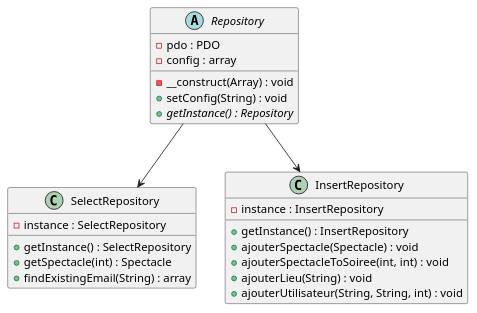
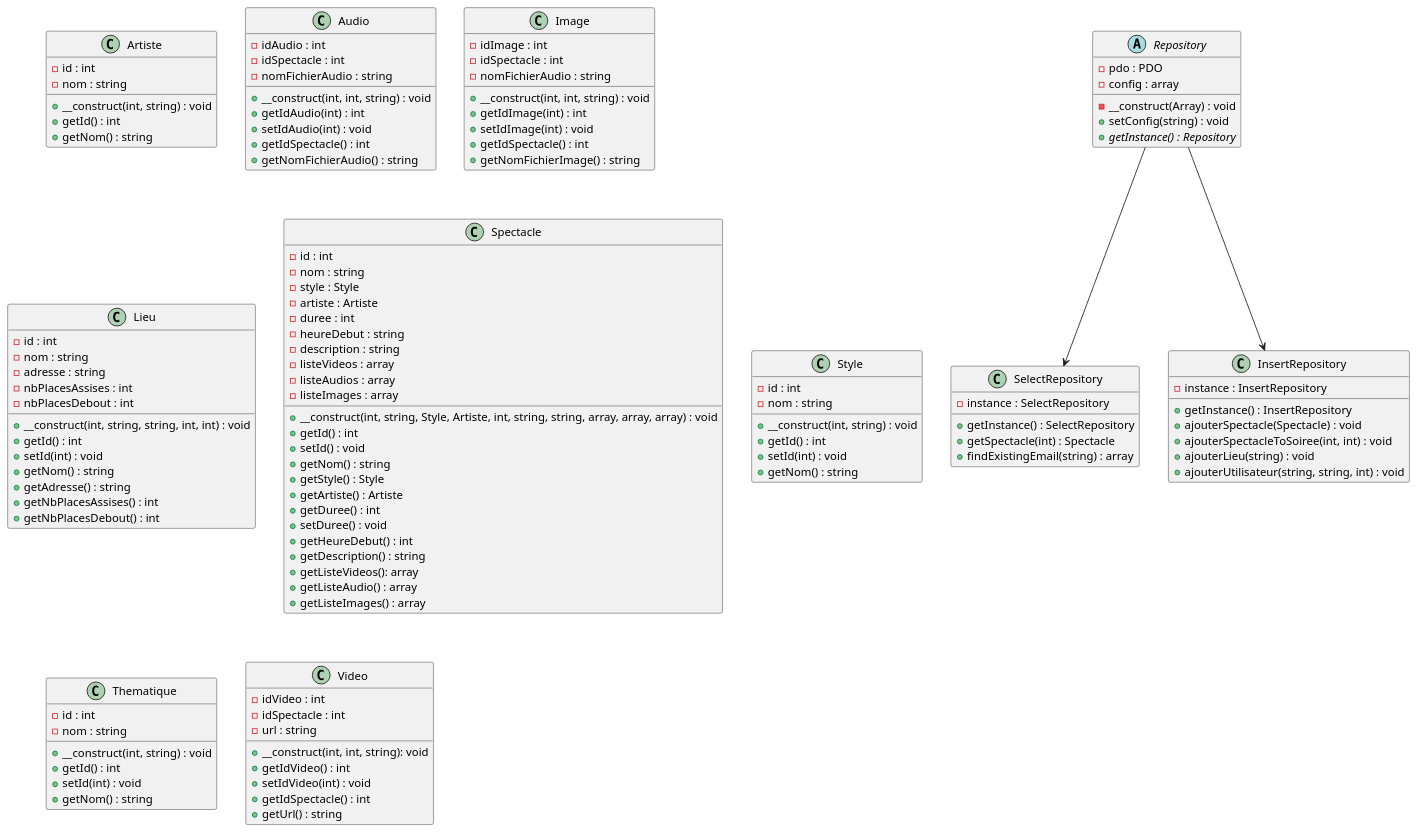
Before and after one commit to Kuuro57/SAE_Dev_Web: the diagram in documents/diagrammes/diagClasses.puml, drawn with PlantUML. The commit also changed 1 other file, not shown here.

```diff
--- a/documents/diagrammes/diagClasses.puml
+++ b/documents/diagrammes/diagClasses.puml
@@ -1,31 +1,130 @@
 @startuml
 
 abstract class Repository {
     - pdo : PDO
     - config : array
     - __construct(Array) : void
-    + setConfig(String) : void
+    + setConfig(string) : void
     + <i>getInstance() : Repository
 }
 
 class SelectRepository {
     - instance : SelectRepository
     + getInstance() : SelectRepository
     + getSpectacle(int) : Spectacle
-    + findExistingEmail(String) : array
+    + findExistingEmail(string) : array
 }
 
 class InsertRepository {
     - instance : InsertRepository
     + getInstance() : InsertRepository
     + ajouterSpectacle(Spectacle) : void
     + ajouterSpectacleToSoiree(int, int) : void
-    + ajouterLieu(String) : void
-    + ajouterUtilisateur(String, String, int) : void
+    + ajouterLieu(string) : void
+    + ajouterUtilisateur(string, string, int) : void
+}
 
+class Artiste {
+    - id : int
+    - nom : string
+    + __construct(int, string) : void
+    + getId() : int
+    + getNom() : string
+}
+
+class Audio {
+    - idAudio : int
+    - idSpectacle : int
+    - nomFichierAudio : string
+    + __construct(int, int, string) : void
+    + getIdAudio(int) : int
+    + setIdAudio(int) : void
+    + getIdSpectacle() : int
+    + getNomFichierAudio() : string
+}
+
+class Image {
+    - idImage : int
+    - idSpectacle : int
+    - nomFichierAudio : string
+    + __construct(int, int, string) : void
+    + getIdImage(int) : int
+    + setIdImage(int) : void
+    + getIdSpectacle() : int
+    + getNomFichierImage() : string
+}
+
+class Lieu {
+    - id : int
+    - nom : string
+    - adresse : string
+    - nbPlacesAssises : int
+    - nbPlacesDebout : int
+    + __construct(int, string, string, int, int) : void
+    + getId() : int
+    + setId(int) : void
+    + getNom() : string
+    + getAdresse() : string
+    + getNbPlacesAssises() : int
+    + getNbPlacesDebout() : int
+}
+
+class Spectacle {
+    - id : int
+    - nom : string
+    - style : Style
+    - artiste : Artiste
+    - duree : int
+    - heureDebut : string
+    - description : string
+    - listeVideos : array
+    - listeAudios : array
+    - listeImages : array
+    + __construct(int, string, Style, Artiste, int, string, string, array, array, array) : void
+    + getId() : int
+    + setId() : void
+    + getNom() : string
+    + getStyle() : Style
+    + getArtiste() : Artiste
+    + getDuree() : int
+    + setDuree() : void
+    + getHeureDebut() : int
+    + getDescription() : string
+    + getListeVideos(): array
+    + getListeAudio() : array
+    + getListeImages() : array
+}
+
+class Style {
+  - id : int
+  - nom : string
+  + __construct(int, string) : void
+  + getId() : int
+  + setId(int) : void
+  + getNom() : string
+}
+
+class Thematique {
+  - id : int
+  - nom : string
+  + __construct(int, string) : void
+  + getId() : int
+  + setId(int) : void
+  + getNom() : string
+}
+
+class Video {
+    - idVideo : int
+    - idSpectacle : int
+    - url : string
+    + __construct(int, int, string): void
+    + getIdVideo() : int
+    + setIdVideo(int) : void
+    + getIdSpectacle() : int
+    + getUrl() : string
 }
 
 Repository --> SelectRepository
 Repository --> InsertRepository
 
 @enduml
```
